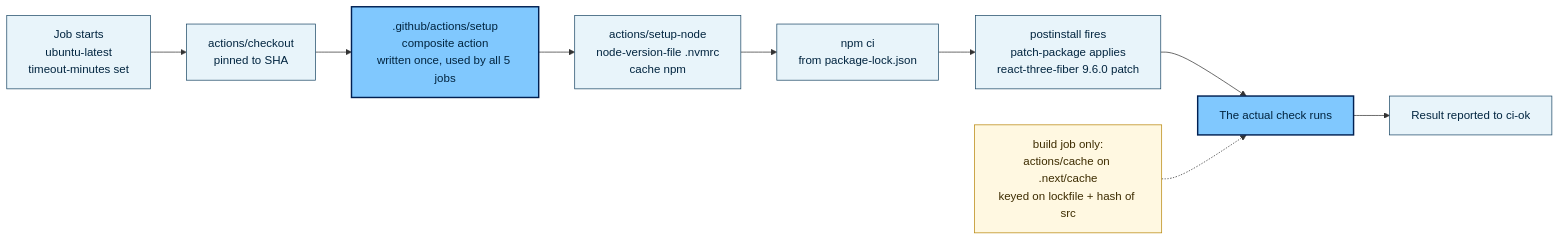
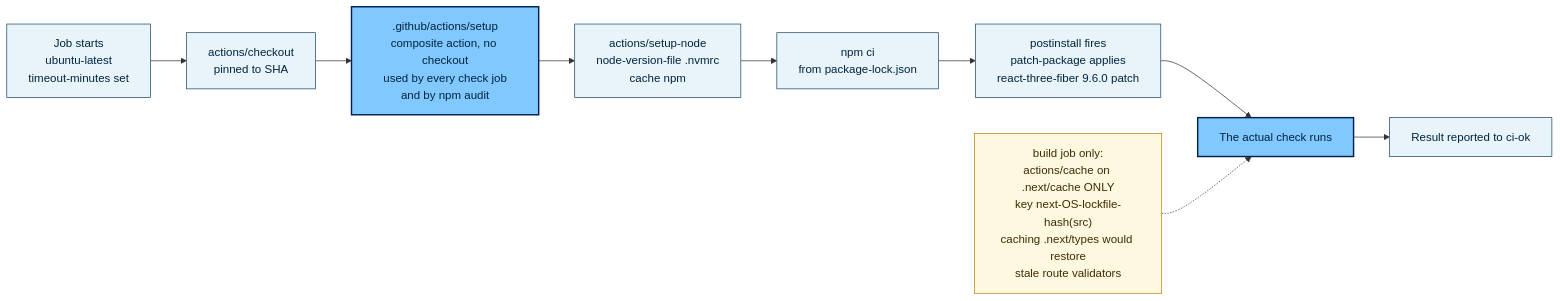
The third of 12 diagrams in docs/ci-map.md (acmpsu/acm-website), drawn with Mermaid before and after one commit. The commit also changed other lines of this file and 14 other files, not shown here.

````diff
--- a/docs/ci-map.md
+++ b/docs/ci-map.md
@@ -131,19 +125,19 @@
 ```mermaid
 flowchart LR
     S["Job starts<br/>ubuntu-latest<br/>timeout-minutes set"] --> C["actions/checkout<br/>pinned to SHA"]
-    C --> SU[".github/actions/setup<br/>composite action<br/>written once, used by all 5 jobs"]
+    C --> SU[".github/actions/setup<br/>composite action, no checkout<br/>used by every check job<br/>and by npm audit"]
     SU --> N["actions/setup-node<br/>node-version-file .nvmrc<br/>cache npm"]
     N --> I["npm ci<br/>from package-lock.json"]
     I --> PP["postinstall fires<br/>patch-package applies<br/>react-three-fiber 9.6.0 patch"]
     PP --> W["The actual check runs"]
     W --> R["Result reported to ci-ok"]
 
-    BC["build job only:<br/>actions/cache on .next/cache<br/>keyed on lockfile + hash of src"] -.-> W
+    BC["build job only:<br/>actions/cache on .next/cache ONLY<br/>key next-OS-lockfile-hash(src)<br/>caching .next/types would restore<br/>stale route validators"] -.-> W
 
     classDef step fill:#e8f4fa,stroke:#1c4866,stroke-width:1px,color:#00243f
     classDef hi fill:#80c8fe,stroke:#002052,stroke-width:2px,color:#00243f
     classDef note fill:#fff8e1,stroke:#b8860b,stroke-width:1px,color:#3d2c00
     class S,C,N,I,PP,R step
     class SU,W hi
     class BC note
 ```
````
